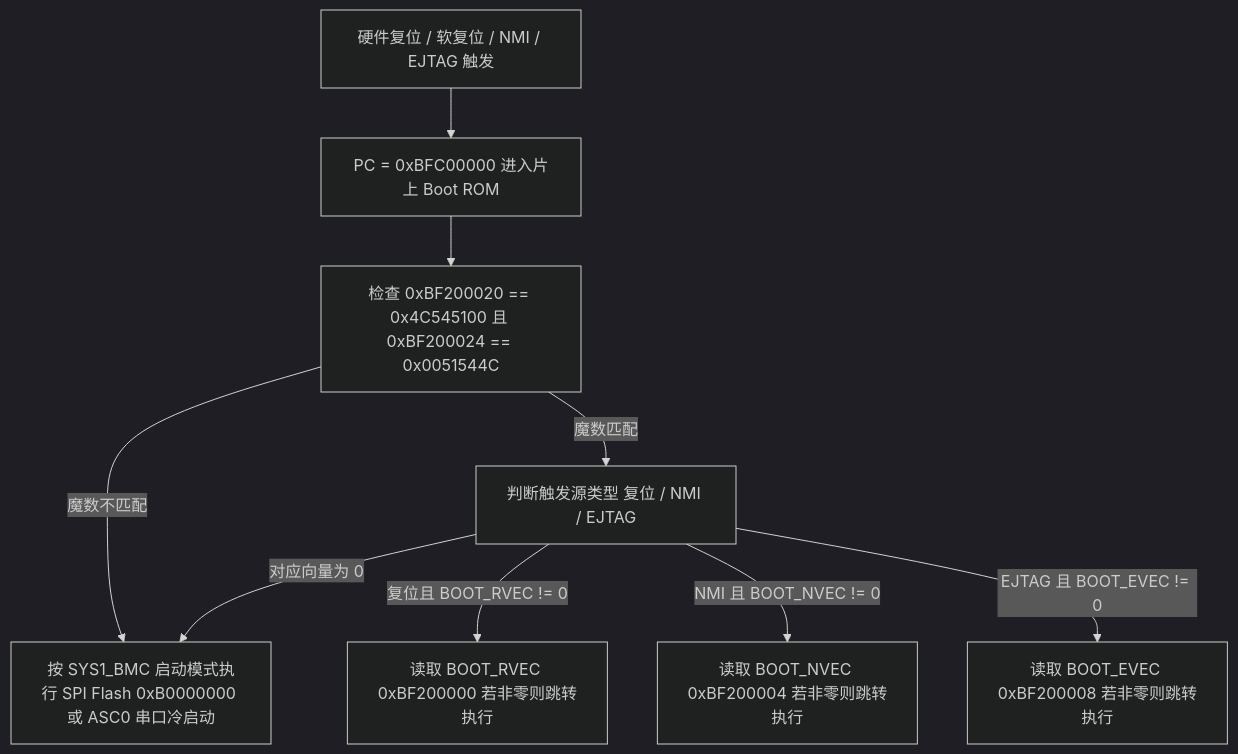
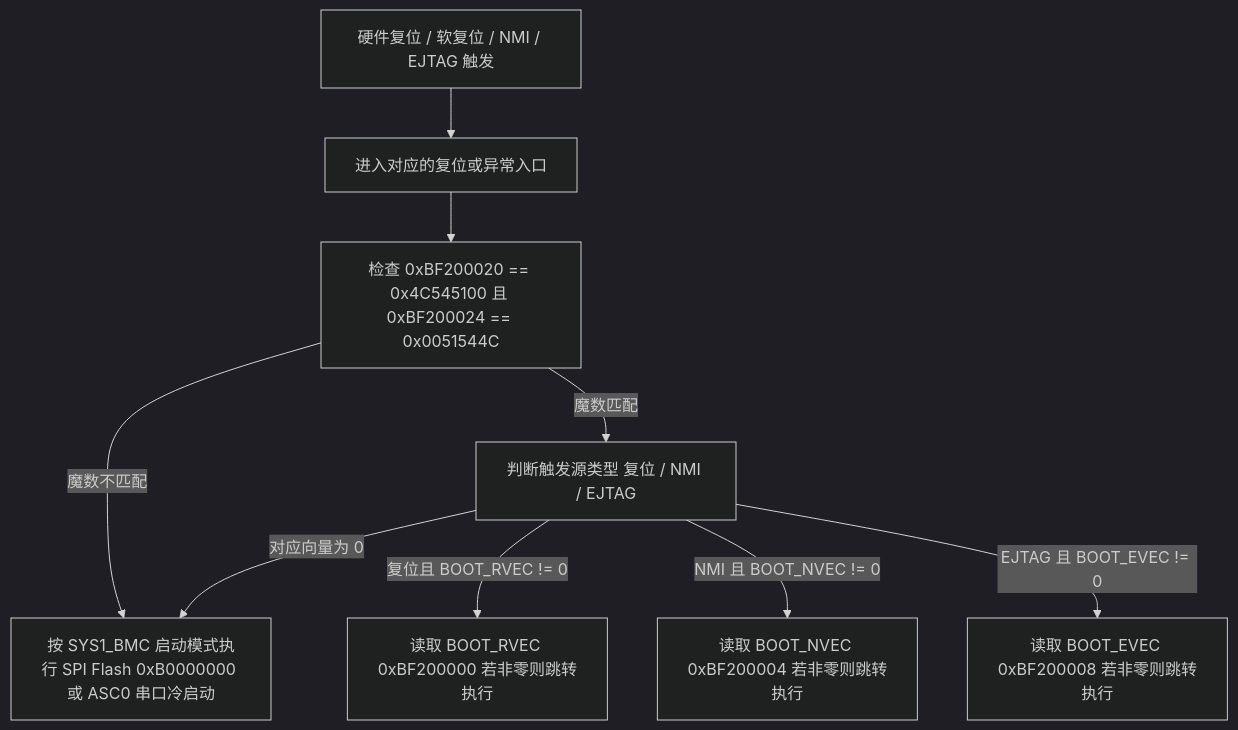
Before and after one commit to difanz/lantiq-falcon-s-docs: the diagram in 03_cpu_subsystems/01_vpe0_host_linux.md, drawn with Mermaid (dark theme). The commit also changed other lines of this file and 52 other files, not shown here.

````diff
--- a/03_cpu_subsystems/01_vpe0_host_linux.md
+++ b/03_cpu_subsystems/01_vpe0_host_linux.md
@@ -59,19 +59,19 @@
 ```mermaid
 flowchart TD
     RST["硬件复位 / 软复位 / NMI / EJTAG 触发"]
-    ENTRY["PC = 0xBFC00000 进入片上 Boot ROM"]
+    ENTRY["进入对应的复位或异常入口"]
     CHK_PW["检查 0xBF200020 == 0x4C545100 且 0xBF200024 == 0x0051544C"]
     CHK_CAUSE["判断触发源类型 复位 / NMI / EJTAG"]
     RVEC["读取 BOOT_RVEC 0xBF200000 若非零则跳转执行"]
     NVEC["读取 BOOT_NVEC 0xBF200004 若非零则跳转执行"]
     EVEC["读取 BOOT_EVEC 0xBF200008 若非零则跳转执行"]
     COLD_BOOT["按 SYS1_BMC 启动模式执行 SPI Flash 0xB0000000 或 ASC0 串口冷启动"]
 
     RST --> ENTRY --> CHK_PW
     CHK_PW -->|魔数不匹配| COLD_BOOT
     CHK_PW -->|魔数匹配| CHK_CAUSE
     CHK_CAUSE -->|复位且 BOOT_RVEC != 0| RVEC
     CHK_CAUSE -->|NMI 且 BOOT_NVEC != 0| NVEC
     CHK_CAUSE -->|EJTAG 且 BOOT_EVEC != 0| EVEC
     CHK_CAUSE -->|对应向量为 0| COLD_BOOT
 ```
````
